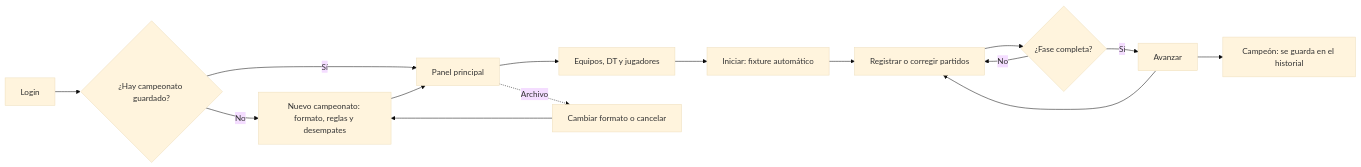
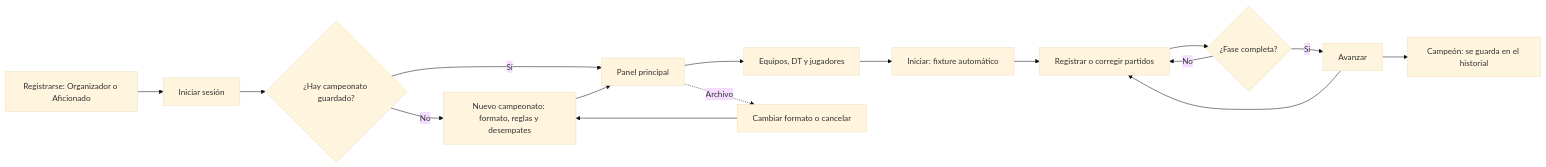
One commit to dalejandroamaya/AlphaSport changed the second of 2 diagrams in docs/ARQUITECTURA.md. Above: the diagram before and after it, drawn with Mermaid (base theme). The commit also changed other lines of this file and 1 other file, not shown here.

````diff
--- a/docs/ARQUITECTURA.md
+++ b/docs/ARQUITECTURA.md
@@ -279,17 +294,18 @@
 ```mermaid
 flowchart LR
-    A[Login] --> B{¿Hay campeonato guardado?}
+    R[Registrarse: Organizador o Aficionado] --> A
+    A[Iniciar sesión] --> B{¿Hay campeonato guardado?}
     B -- No --> C[Nuevo campeonato: formato, reglas y desempates]
     B -- Sí --> D[Panel principal]
     C --> D
     D --> E[Equipos, DT y jugadores]
     E --> F[Iniciar: fixture automático]
     F --> G[Registrar o corregir partidos]
     G --> H{¿Fase completa?}
     H -- No --> G
     H -- Sí --> I[Avanzar]
     I --> G
     I --> J[Campeón: se guarda en el historial]
     D -. Archivo .-> K[Cambiar formato o cancelar]
     K --> C
 ```
````
